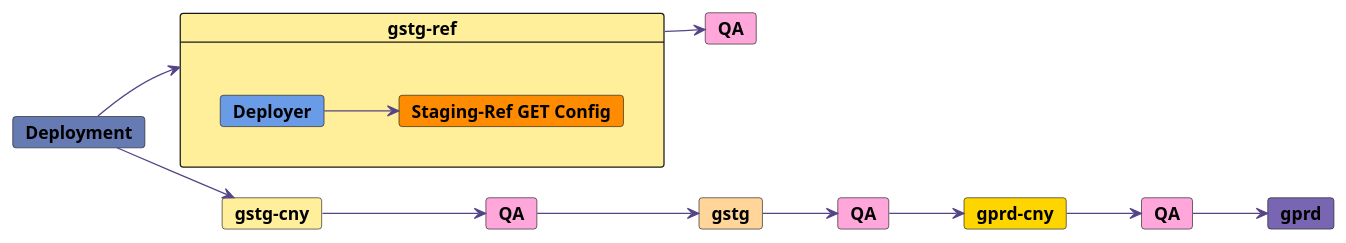
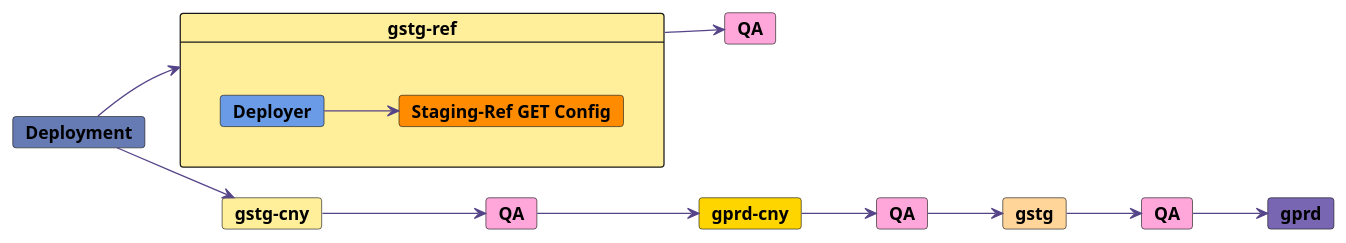
Before and after one commit to secretstartups/handbook: the diagram in infrastructure/environments/staging-ref/index.html.md, drawn with PlantUML. The commit also changed other lines of this file, not shown here.

Commit message:
Update Staging Ref docs with Geo and deployment

````diff
--- a/infrastructure/environments/staging-ref/index.html.md
+++ b/infrastructure/environments/staging-ref/index.html.md
@@ -49,36 +51,36 @@
 ```plantuml
 @startuml staging-ref
 left to right direction
 
 card "**Deployment**" as deploy #667ab3
 
 card "gstg-ref" as gstg_ref #ffee9a {
  together {
   card "**Deployer**" as deployer #6a9be7
   card "**Staging-Ref GET Config**" as stg_ref_get #FF8C00
  }
 }
 card "**QA**" as gstg_ref_qa #ffa7db
 
 card "**gstg-cny**" as gstg_cny #ffee9a
 card "**gstg**" as gstg #ffd59a
 card "**gprd-cny**" as gprd_cny #ffd500
 card "**gprd**" as gprd #7966b3
 card "**QA**" as gstg_cny_qa #ffa7db
 card "**QA**" as gstg_qa #ffa7db
 card "**QA**" as gprd_cny_qa #ffa7db
 
 deploy -[#554488]-> gstg_ref
 deployer -[#554488]-> stg_ref_get
 gstg_ref -[#554488]--> gstg_ref_qa
 
 deploy -[#554488]-> gstg_cny
 gstg_cny -[#554488]-> gstg_cny_qa
-gstg_cny_qa -[#554488]-> gstg
+gstg_cny_qa -[#554488]-> gprd_cny
+gprd_cny -[#554488]-> gprd_cny_qa
+gprd_cny_qa -[#554488]-> gstg
 gstg -[#554488]-> gstg_qa
-gstg_qa -[#554488]-> gprd_cny
-gprd_cny -[#554488]-> gprd_cny_qa
-gprd_cny_qa -[#554488]-> gprd
+gstg_qa -[#554488]-> gprd
 
 @enduml
 ```
````
